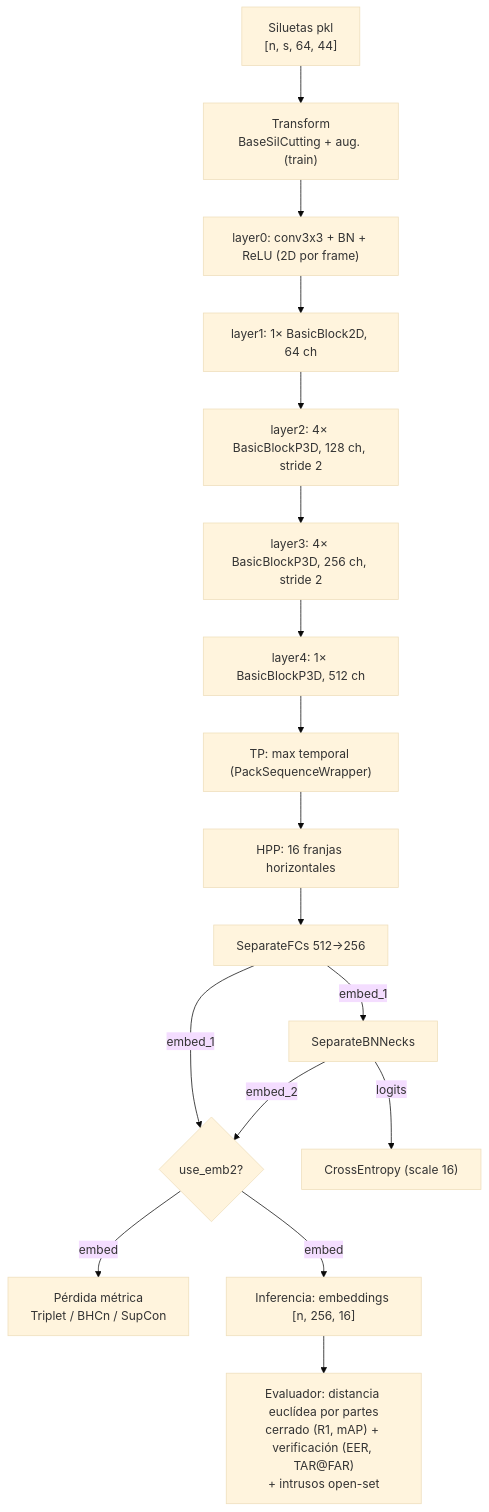
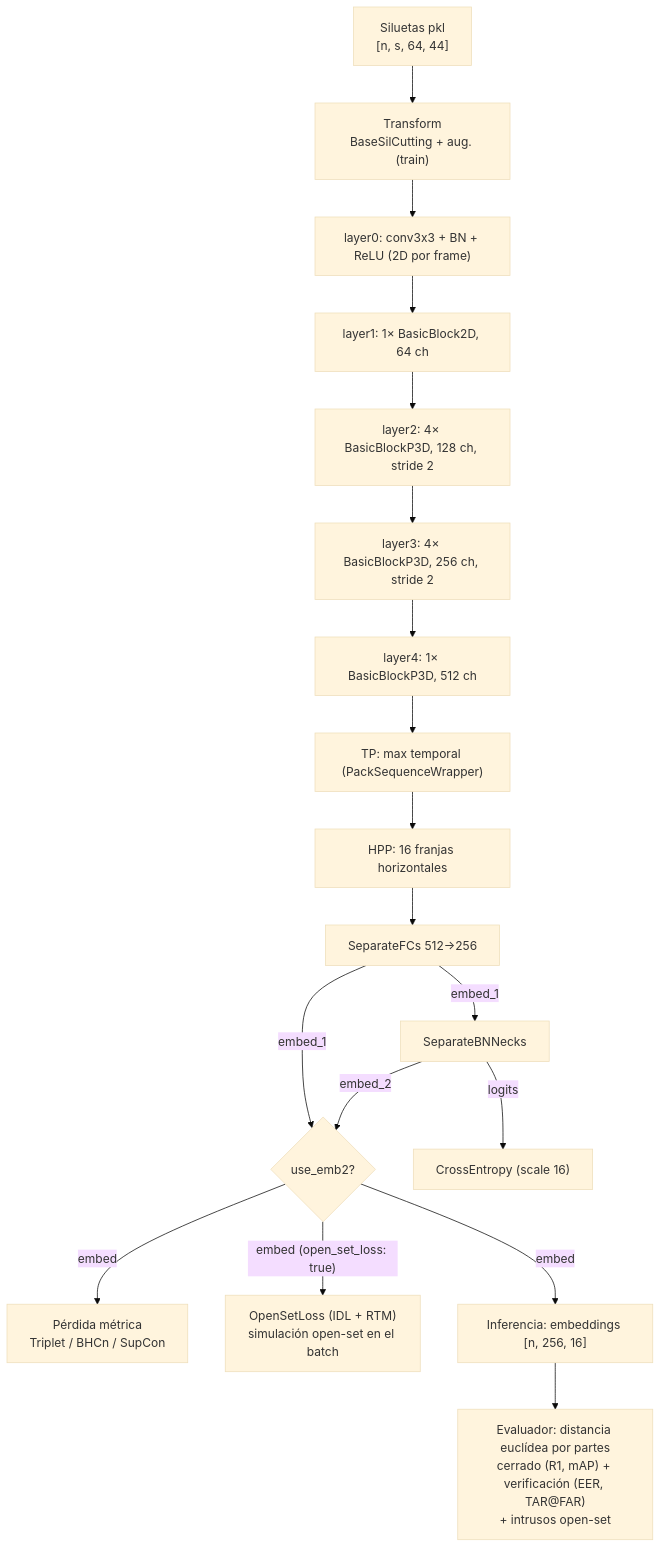
Before and after one commit to nikoguil1/OpenSet-Gait: the first of 2 diagrams in ARCHITECTURE.md, drawn with Mermaid (base theme). The commit also changed other lines of this file and 4 other files, not shown here.

First line of the commit message:
feat(model): [CU-123nktjx7z4] OpenSetLoss de Su et al. (ECCV 2024) en DeepGaitV2

````diff
--- a/ARCHITECTURE.md
+++ b/ARCHITECTURE.md
@@ -7,19 +7,20 @@
 ```mermaid
 flowchart TD
     A["Siluetas pkl<br/>[n, s, 64, 44]"] --> T["Transform<br/>BaseSilCutting + aug. (train)"]
     T --> L0["layer0: conv3x3 + BN + ReLU (2D por frame)"]
     L0 --> L1["layer1: 1× BasicBlock2D, 64 ch"]
     L1 --> L2["layer2: 4× BasicBlockP3D, 128 ch, stride 2"]
     L2 --> L3["layer3: 4× BasicBlockP3D, 256 ch, stride 2"]
     L3 --> L4["layer4: 1× BasicBlockP3D, 512 ch"]
     L4 --> TP["TP: max temporal (PackSequenceWrapper)"]
     TP --> HPP["HPP: 16 franjas horizontales"]
     HPP --> FC["SeparateFCs 512→256"]
     FC -->|embed_1| BN["SeparateBNNecks"]
     BN -->|embed_2| E{"use_emb2?"}
     FC -->|embed_1| E
     E -->|embed| ML["Pérdida métrica<br/>Triplet / BHCn / SupCon"]
+    E -->|"embed (open_set_loss: true)"| OS["OpenSetLoss (IDL + RTM)<br/>simulación open-set en el batch"]
     BN -->|logits| CE["CrossEntropy (scale 16)"]
     E -->|embed| INF["Inferencia: embeddings [n, 256, 16]"]
     INF --> EV["Evaluador: distancia euclídea por partes<br/>cerrado (R1, mAP) + verificación (EER, TAR@FAR)<br/>+ intrusos open-set"]
 ```
````
